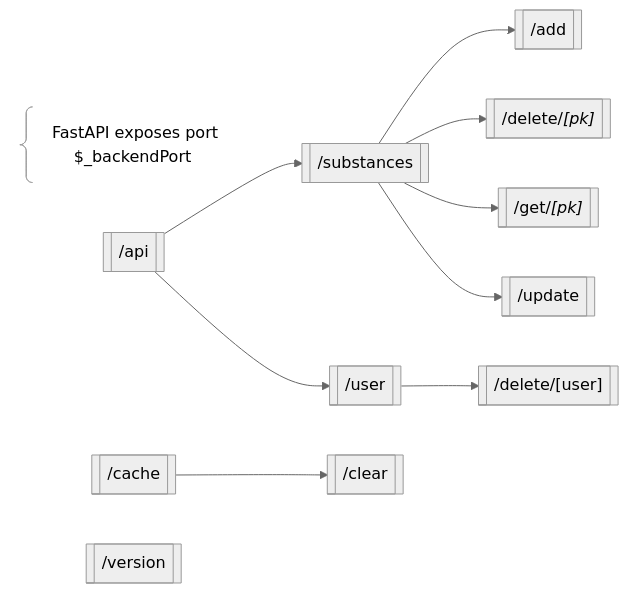
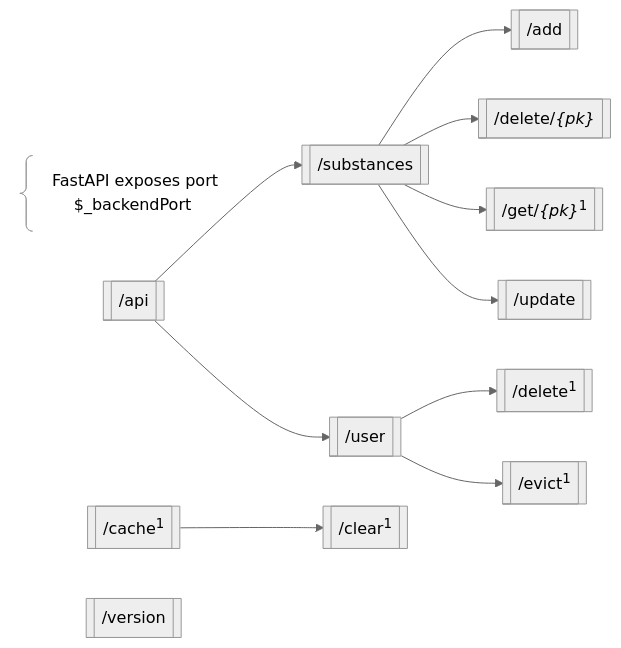
One commit to chump29/sober changed the diagram in docs/README-backend.template.md. Above: the diagram before and after it, drawn with Mermaid (neutral theme). The commit also changed other lines of this file and 133 other files, not shown here.

````diff
--- a/docs/README-backend.template.md
+++ b/docs/README-backend.template.md
@@ -21,23 +21,25 @@
 ```mermaid
 flowchart LR
 port@{shape: brace, label: "&nbsp; FastAPI exposes port $_backendPort"}
 api[["`/api`"]]
 get_substances[["`/substances`"]]
 add_substance[["`/add`"]]
-delete_substance[["`/delete/*[pk]*`"]]
-get_substance[["`/get/*[pk]*`"]]
+delete_substance[["`/delete/*{pk}*`"]]
+get_substance[["`/get/*{pk}*<sup>1</sup>`"]]
 update_substance[["`/update`"]]
 get_user[["`/user`"]]
-delete_user[["`/delete/[user]`"]]
-get_cache_stats[["`/cache`"]]
-clear_cache_stats[["`/clear`"]]
+delete_user[["`/delete<sup>1</sup>`"]]
+evict_user[["`/evict<sup>1</sup>`"]]
+get_cache_stats[["`/cache<sup>1</sup>`"]]
+clear_cache_stats[["`/clear<sup>1</sup>`"]]
 get_version[["`/version`"]]
 api-->get_substances
 get_substances-->add_substance
 get_substances-->delete_substance
 get_substances-->get_substance
 get_substances-->update_substance
 api-->get_user
 get_user-->delete_user
+get_user-->evict_user
 get_cache_stats-->clear_cache_stats
 ```
````
